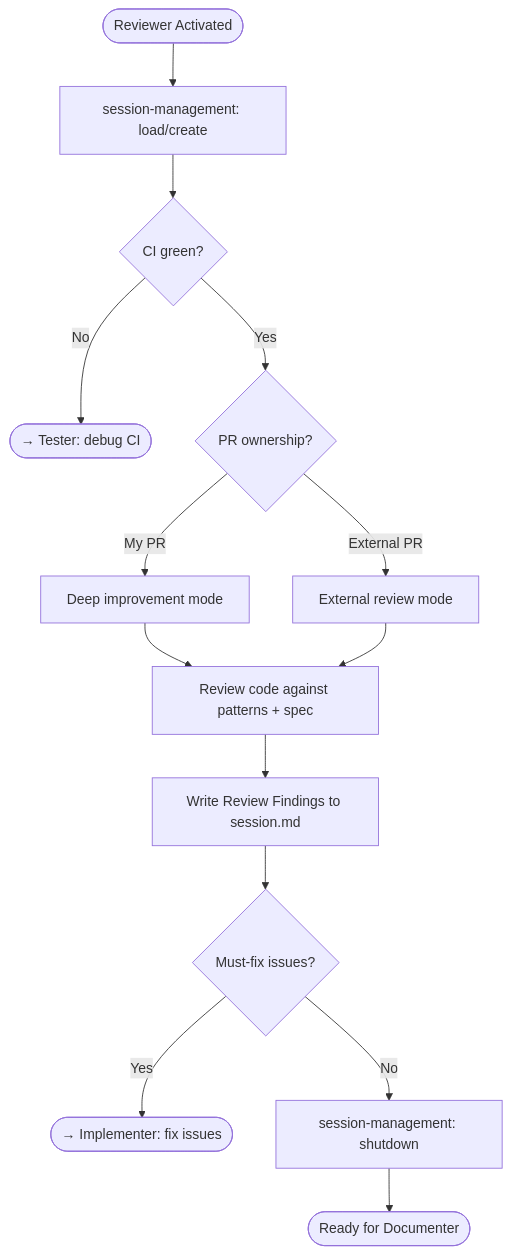
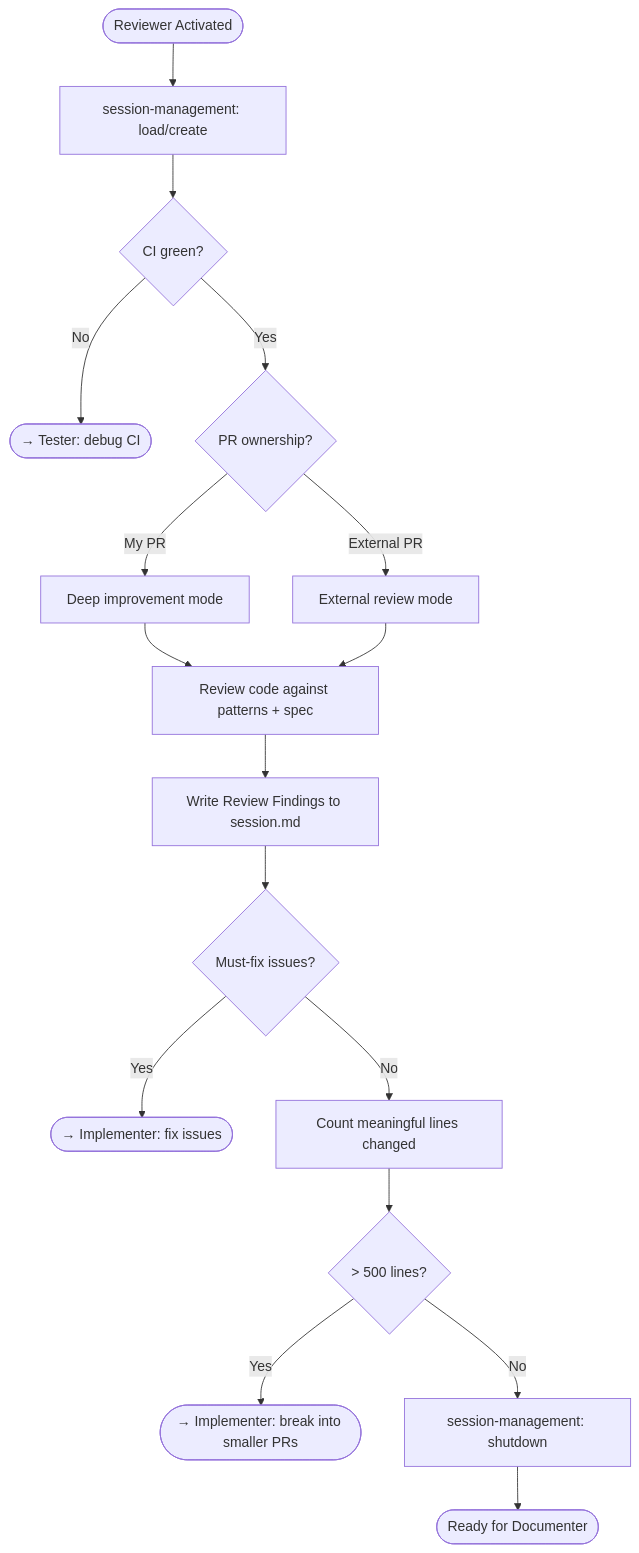
One commit to peregrine-digital/activate-framework changed the diagram in plugins/ironarch/agents/reviewer.agent.md. Above: the diagram before and after it, drawn with Mermaid. The commit also changed other lines of this file, not shown here.

Commit message:
feat: add PR size gate to Reviewer agent

````diff
--- a/plugins/ironarch/agents/reviewer.agent.md
+++ b/plugins/ironarch/agents/reviewer.agent.md
@@ -69,18 +74,21 @@
 ```mermaid
 flowchart TD
     Start([Reviewer Activated]) --> Session[session-management: load/create]
     Session --> CI{CI green?}
     CI -->|No| Tester([→ Tester: debug CI])
     CI -->|Yes| Mode{PR ownership?}
     
     Mode -->|My PR| Deep[Deep improvement mode]
     Mode -->|External PR| Polite[External review mode]
     
     Deep & Polite --> Review[Review code against patterns + spec]
     Review --> Findings[Write Review Findings to session.md]
     Findings --> Result{Must-fix issues?}
     
     Result -->|Yes| Implementer([→ Implementer: fix issues])
-    Result -->|No| Shutdown[session-management: shutdown]
+    Result -->|No| Size[Count meaningful lines changed]
+    Size --> SizeCheck{> 500 lines?}
+    SizeCheck -->|Yes| Split([→ Implementer: break into smaller PRs])
+    SizeCheck -->|No| Shutdown[session-management: shutdown]
     Shutdown --> Done([Ready for Documenter])
 ```
````
